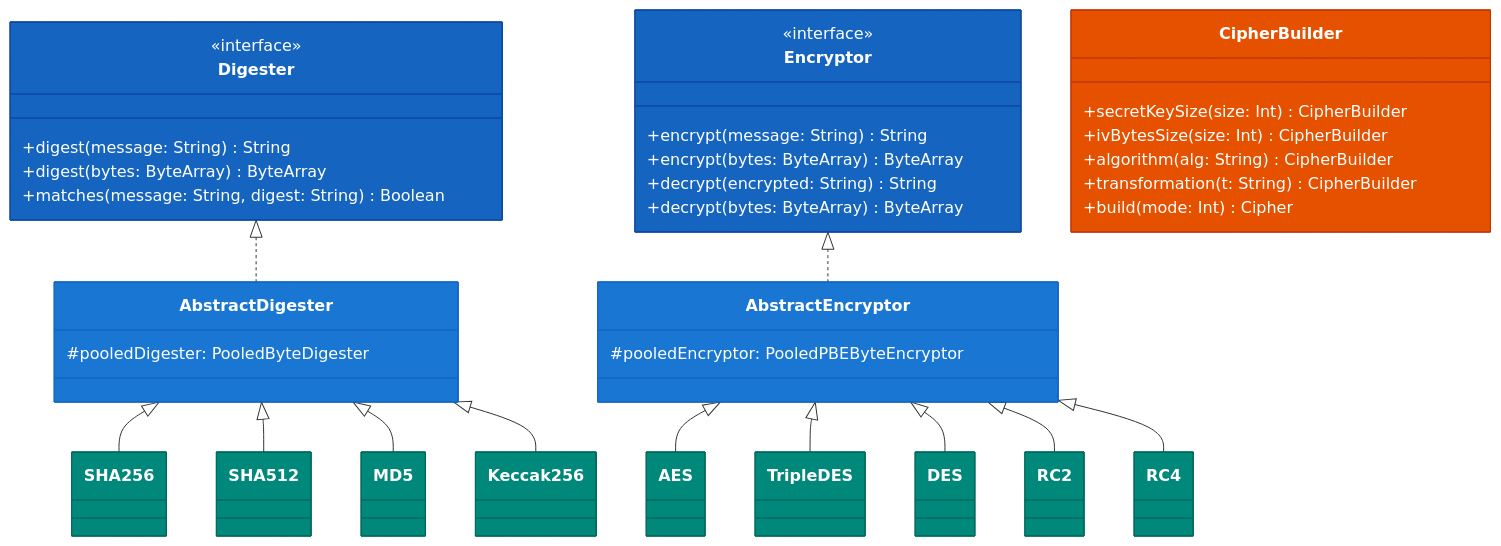
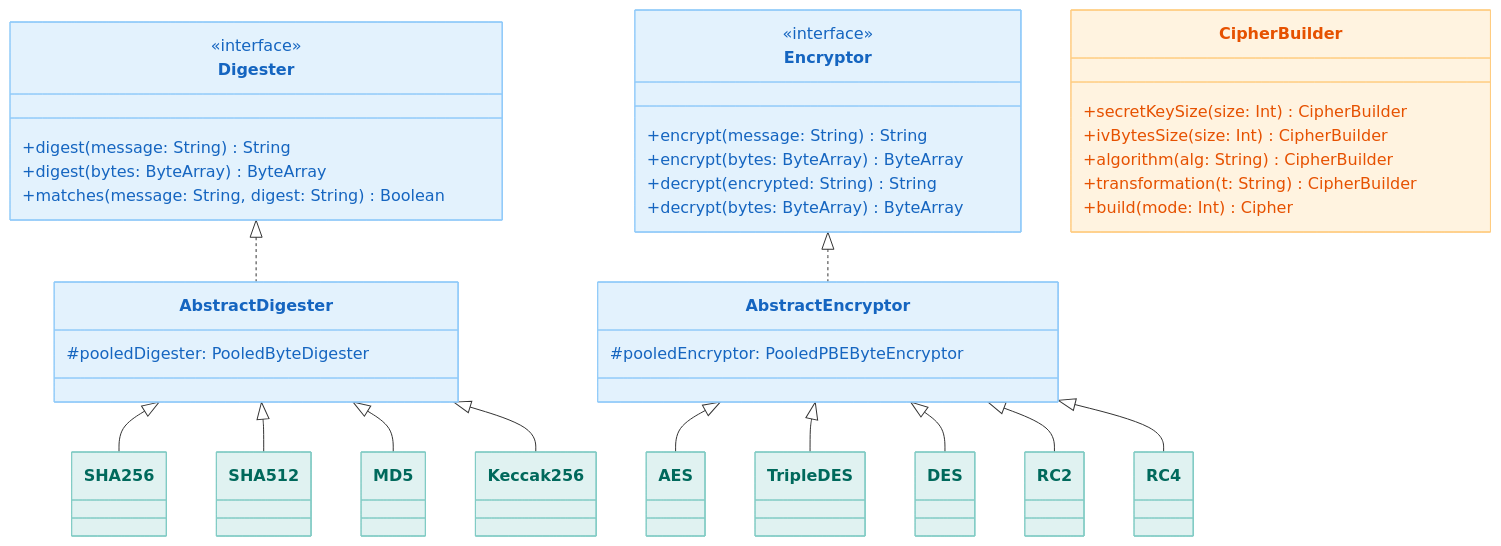
Before and after one commit to bluetape4k/bluetape4k-projects: the first of 2 diagrams in io/crypto/README.ko.md, drawn with Mermaid. The commit also changed other lines of this file and 219 other files, not shown here.

First line of the commit message:
docs: 전체 README Mermaid 다이어그램 가이드 적용

````diff
--- a/io/crypto/README.ko.md
+++ b/io/crypto/README.ko.md
@@ -139,63 +139,63 @@
 ```mermaid
 classDiagram
     class Digester {
         <<interface>>
         +digest(message: String) String
         +digest(bytes: ByteArray) ByteArray
         +matches(message: String, digest: String) Boolean
     }
 
     class Encryptor {
         <<interface>>
         +encrypt(message: String) String
         +encrypt(bytes: ByteArray) ByteArray
         +decrypt(encrypted: String) String
         +decrypt(bytes: ByteArray) ByteArray
     }
 
     class AbstractDigester {
         #pooledDigester: PooledByteDigester
     }
 
     class AbstractEncryptor {
         #pooledEncryptor: PooledPBEByteEncryptor
     }
 
 
 
     class CipherBuilder {
         +secretKeySize(size: Int) CipherBuilder
         +ivBytesSize(size: Int) CipherBuilder
         +algorithm(alg: String) CipherBuilder
         +transformation(t: String) CipherBuilder
         +build(mode: Int) Cipher
     }
 
     Digester <|.. AbstractDigester
     AbstractDigester <|-- SHA256
     AbstractDigester <|-- SHA512
     AbstractDigester <|-- MD5
     AbstractDigester <|-- Keccak256
 
     Encryptor <|.. AbstractEncryptor
     AbstractEncryptor <|-- AES
     AbstractEncryptor <|-- TripleDES
     AbstractEncryptor <|-- DES
     AbstractEncryptor <|-- RC2
     AbstractEncryptor <|-- RC4
 
-    style Digester fill:#1565C0,stroke:#0D47A1,color:#FFFFFF
-    style Encryptor fill:#1565C0,stroke:#0D47A1,color:#FFFFFF
-    style AbstractDigester fill:#1976D2,stroke:#1565C0,color:#FFFFFF
-    style AbstractEncryptor fill:#1976D2,stroke:#1565C0,color:#FFFFFF
-    style SHA256 fill:#00897B,stroke:#00695C,color:#FFFFFF
-    style SHA512 fill:#00897B,stroke:#00695C,color:#FFFFFF
-    style MD5 fill:#00897B,stroke:#00695C,color:#FFFFFF
-    style Keccak256 fill:#00897B,stroke:#00695C,color:#FFFFFF
-    style AES fill:#00897B,stroke:#00695C,color:#FFFFFF
-    style TripleDES fill:#00897B,stroke:#00695C,color:#FFFFFF
-    style DES fill:#00897B,stroke:#00695C,color:#FFFFFF
-    style RC2 fill:#00897B,stroke:#00695C,color:#FFFFFF
-    style RC4 fill:#00897B,stroke:#00695C,color:#FFFFFF
-    style CipherBuilder fill:#E65100,stroke:#BF360C,color:#FFFFFF
+    style Digester fill:#E3F2FD,stroke:#90CAF9,color:#1565C0
+    style Encryptor fill:#E3F2FD,stroke:#90CAF9,color:#1565C0
+    style AbstractDigester fill:#E3F2FD,stroke:#90CAF9,color:#1565C0
+    style AbstractEncryptor fill:#E3F2FD,stroke:#90CAF9,color:#1565C0
+    style SHA256 fill:#E0F2F1,stroke:#80CBC4,color:#00695C
+    style SHA512 fill:#E0F2F1,stroke:#80CBC4,color:#00695C
+    style MD5 fill:#E0F2F1,stroke:#80CBC4,color:#00695C
+    style Keccak256 fill:#E0F2F1,stroke:#80CBC4,color:#00695C
+    style AES fill:#E0F2F1,stroke:#80CBC4,color:#00695C
+    style TripleDES fill:#E0F2F1,stroke:#80CBC4,color:#00695C
+    style DES fill:#E0F2F1,stroke:#80CBC4,color:#00695C
+    style RC2 fill:#E0F2F1,stroke:#80CBC4,color:#00695C
+    style RC4 fill:#E0F2F1,stroke:#80CBC4,color:#00695C
+    style CipherBuilder fill:#FFF3E0,stroke:#FFCC80,color:#E65100
 ```
````
